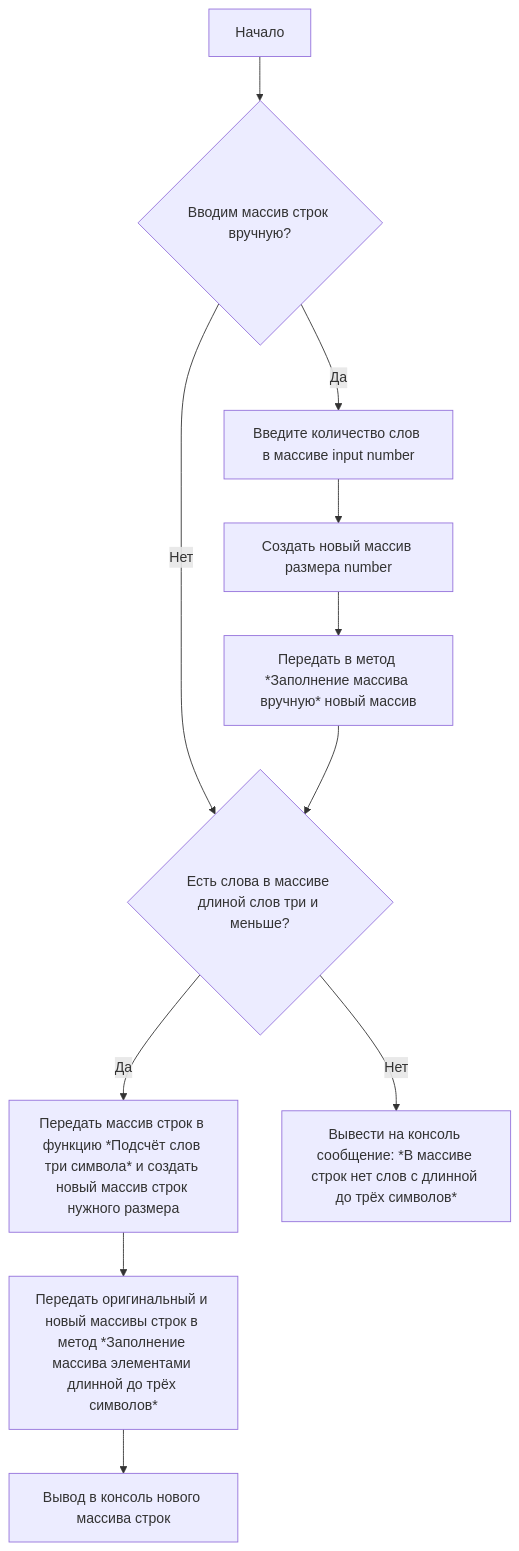
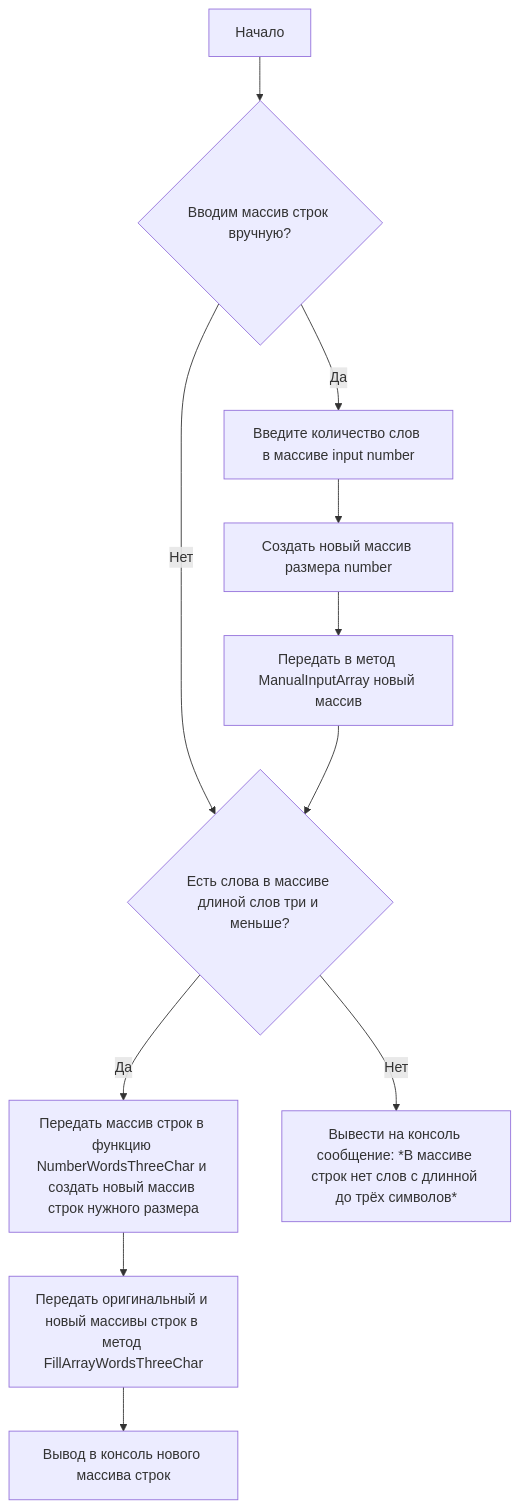
Before and after one commit to keknut/GB-Control-First-Quarter: the diagram in README.md, drawn with Mermaid.

Commit message:
Test mermaid diagrams

````diff
--- a/README.md
+++ b/README.md
@@ -19,13 +19,13 @@
 ```mermaid
   graph TD;
       A[Начало]-->B{Вводим массив строк вручную?};
       B -- Да --> C[Введите количество слов в массиве input number];
       B -- Нет --> D{Есть слова в массиве длиной слов три и меньше?};
-      D -- Да --> E[Передать массив строк в функцию *Подсчёт слов три символа* и создать новый массив строк нужного размера];
+      D -- Да --> E[Передать массив строк в функцию NumberWordsThreeChar и создать новый массив строк нужного размера];
       D -- Нет --> F[Вывести на консоль сообщение: *В массиве строк нет слов с длинной до трёх символов*];
-      E --> G[Передать оригинальный и новый массивы строк в метод *Заполнение массива элементами длинной до трёх символов*]
+      E --> G[Передать оригинальный и новый массивы строк в метод FillArrayWordsThreeChar]
       G --> J[Вывод в консоль нового массива строк]
       C --> H[Создать новый массив размера number]
-      H --> K[Передать в метод *Заполнение массива вручную* новый массив]
+      H --> K[Передать в метод ManualInputArray новый массив]
       K --> D
 ```
````
